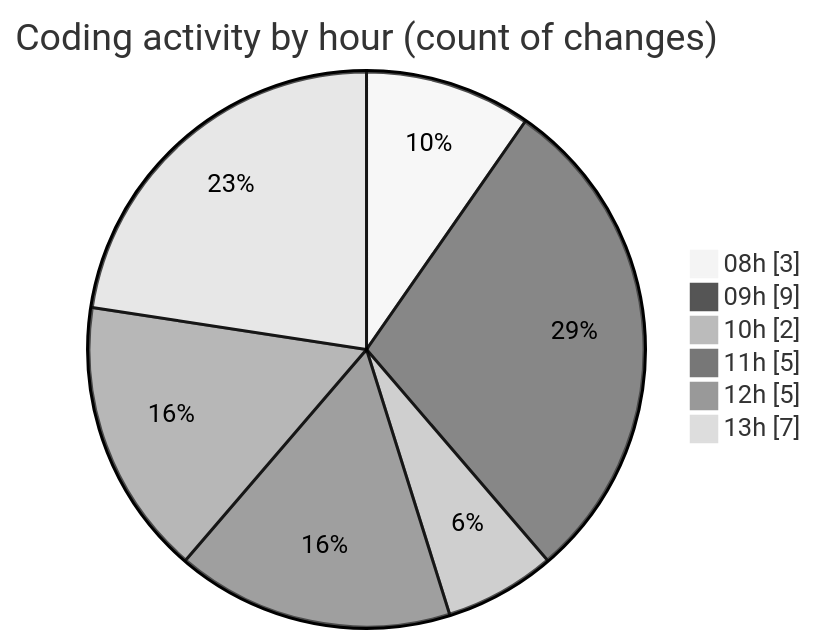
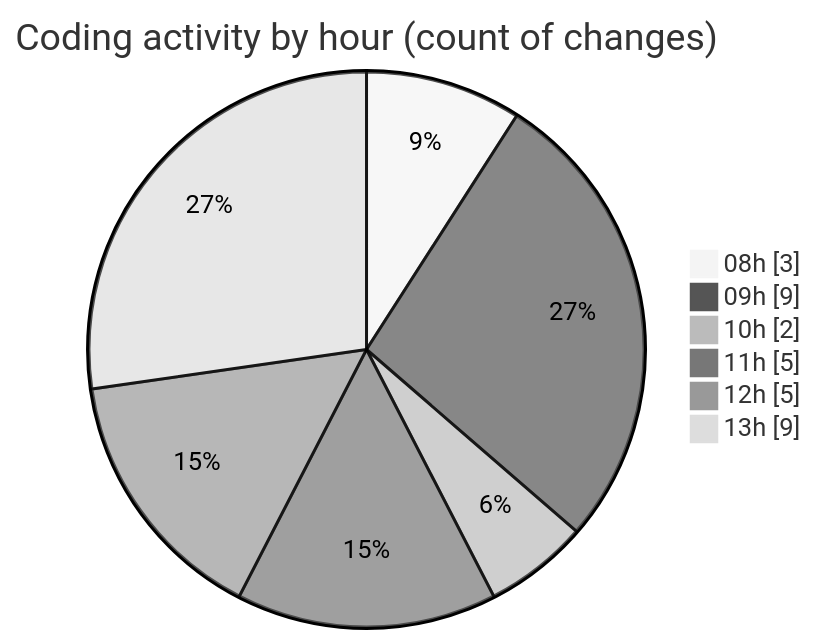
Before and after one commit to Elitesun/code-tracking: the second of 2 diagrams in 2025-05-13/niten/README.md, drawn with Mermaid (neutral theme). The commit also changed other lines of this file and 1 other file, not shown here.

````diff
--- a/2025-05-13/niten/README.md
+++ b/2025-05-13/niten/README.md
@@ -42,10 +42,10 @@
 ```mermaid
 pie showData
 title Coding activity by hour (count of changes)
 "08h" : 3
 "09h" : 9
 "10h" : 2
 "11h" : 5
 "12h" : 5
-"13h" : 7
+"13h" : 9
 ```
````
